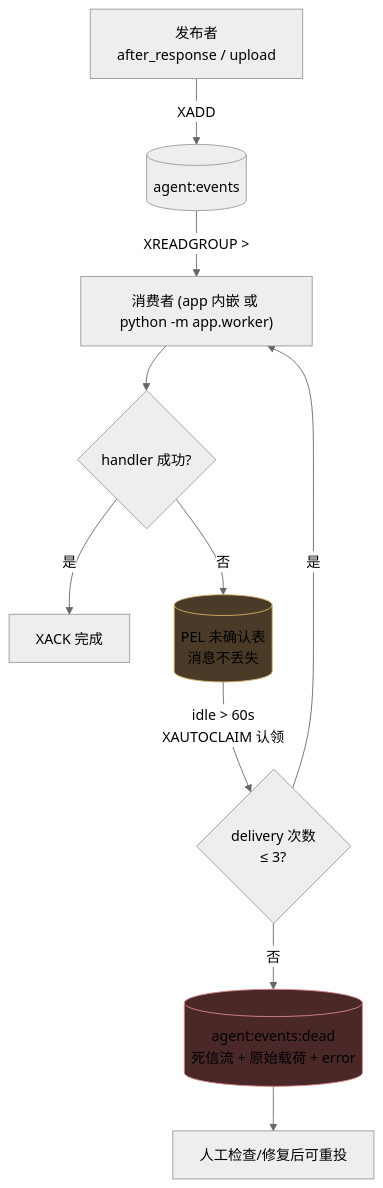
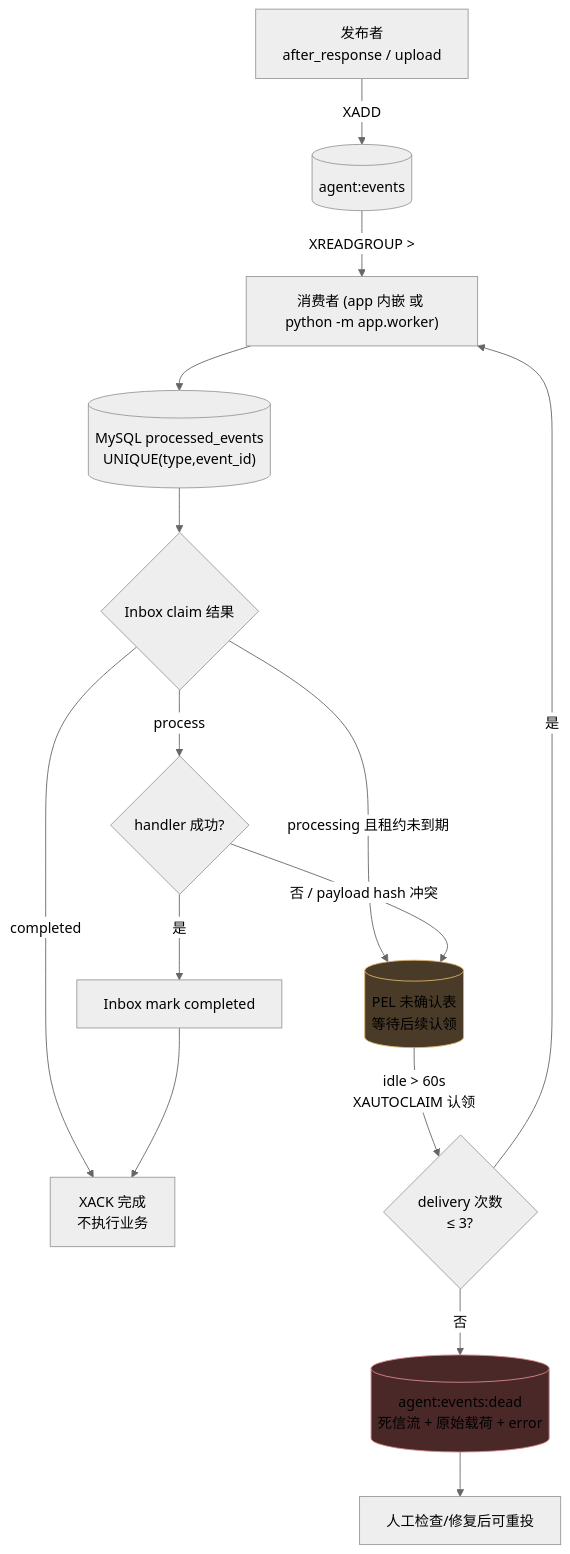
One commit to bitladykiller/- changed diagram 33 of 36 in docs/modules/00-全流程图集.md. Above: the diagram before and after it, drawn with Mermaid (neutral theme). The commit also changed other lines of this file and 19 other files, not shown here.

````diff
--- a/docs/modules/00-全流程图集.md
+++ b/docs/modules/00-全流程图集.md
@@ -1070,15 +1114,20 @@
 ```mermaid
 flowchart TB
     P["发布者<br/>after_response / upload"] -->|XADD| S[("agent:events")]
     S -->|"XREADGROUP >"| C["消费者 (app 内嵌 或 python -m app.worker)"]
-    C --> H{handler 成功?}
-    H -->|是| ACK[XACK 完成]
-    H -->|否| PEL[("PEL 未确认表<br/>消息不丢失")]
+    C --> I[("MySQL processed_events<br/>UNIQUE(type,event_id)")]
+    I --> CLAIM{Inbox claim 结果}
+    CLAIM -->|completed| ACK[XACK 完成<br/>不执行业务]
+    CLAIM -->|processing 且租约未到期| PEL[("PEL 未确认表<br/>等待后续认领")]
+    CLAIM -->|process| H{handler 成功?}
+    H -->|是| DONE[Inbox mark completed]
+    DONE --> ACK
+    H -->|否 / payload hash 冲突| PEL
     PEL -->|"idle > 60s<br/>XAUTOCLAIM 认领"| RETRY{delivery 次数<br/>≤ 3?}
     RETRY -->|是| C
     RETRY -->|否| DEAD[("agent:events:dead<br/>死信流 + 原始载荷 + error")]
     DEAD --> OPS["人工检查/修复后可重投"]
 
     style PEL fill:#4a3b28,stroke:#d8b26a
     style DEAD fill:#4a2828,stroke:#d98a8a
 ```
````
